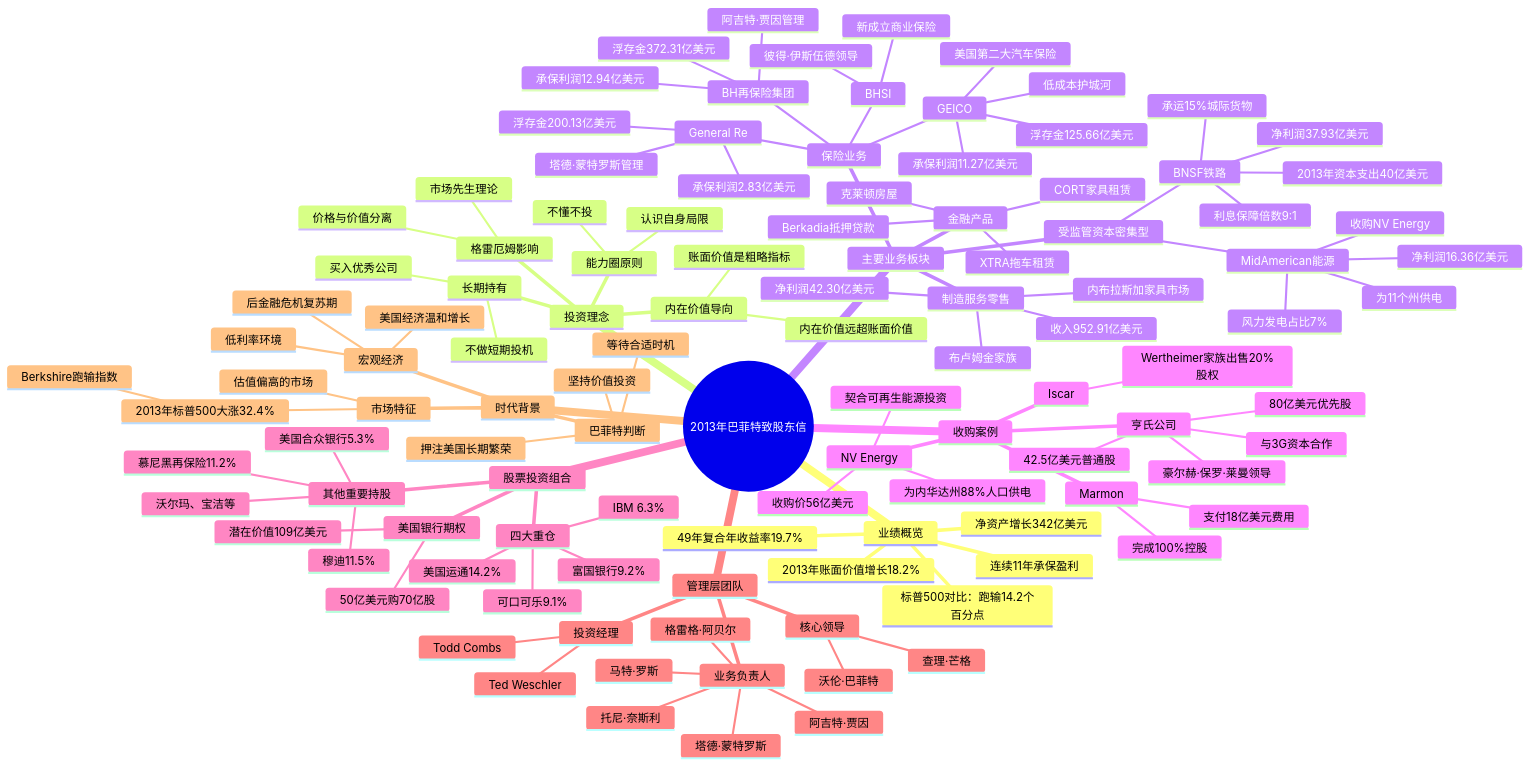
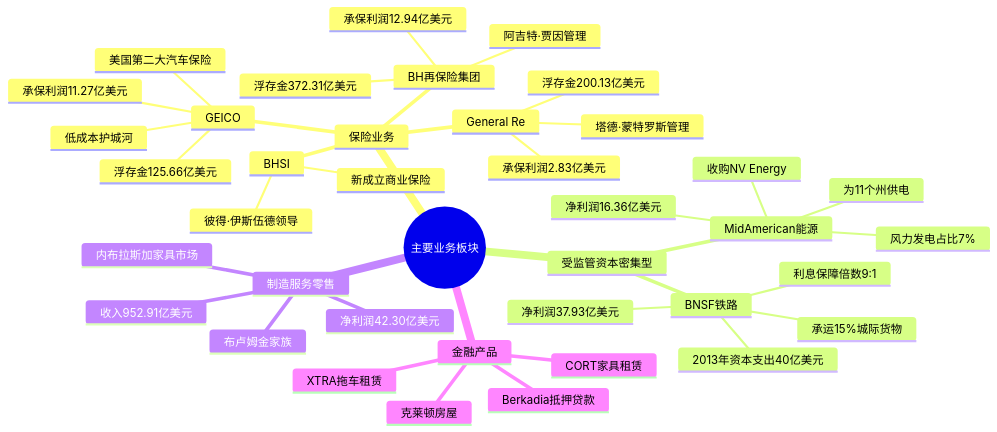
One commit to carllhm/buffett-knowledge-base changed the fourth of 8 diagrams in docs/01_letters/2013年/思维导图.md. Above: the diagram before and after it, drawn with Mermaid. The commit also changed other lines of this file and 719 other files, not shown here.

Commit message:
思维导图重构：两级结构，总览+折叠子导图

````diff
--- a/docs/01_letters/2013年/思维导图.md
+++ b/docs/01_letters/2013年/思维导图.md
@@ -21,117 +117,42 @@
 ```mermaid
 mindmap
-  root((2013年巴菲特致股东信))
-    业绩概览
-      49年复合年收益率19.7%
-      2013年账面价值增长18.2%
-      净资产增长342亿美元
-      标普500对比：跑输14.2个百分点
-      连续11年承保盈利
-    投资理念
-      内在价值导向
-        账面价值是粗略指标
-        内在价值远超账面价值
-      长期持有
-        买入优秀公司
-        不做短期投机
-      能力圈原则
-        认识自身局限
-        不懂不投
-      格雷厄姆影响
-        价格与价值分离
-        市场先生理论
-    主要业务板块
-      保险业务
-        GEICO
-          美国第二大汽车保险
-          承保利润11.27亿美元
-          浮存金125.66亿美元
-          低成本护城河
-        General Re
-          塔德·蒙特罗斯管理
-          承保利润2.83亿美元
-          浮存金200.13亿美元
-        BH再保险集团
-          阿吉特·贾因管理
-          承保利润12.94亿美元
-          浮存金372.31亿美元
-        BHSI
-          彼得·伊斯伍德领导
-          新成立商业保险
-      受监管资本密集型
-        BNSF铁路
-          承运15%城际货物
-          净利润37.93亿美元
-          利息保障倍数9:1
-          2013年资本支出40亿美元
-        MidAmerican能源
-          收购NV Energy
-          风力发电占比7%
-          净利润16.36亿美元
-          为11个州供电
-      制造服务零售
-        收入952.91亿美元
-        净利润42.30亿美元
-        内布拉斯加家具市场
-        布卢姆金家族
-      金融产品
-        克莱顿房屋
-        CORT家具租赁
-        XTRA拖车租赁
-        Berkadia抵押贷款
-    收购案例
-      NV Energy
-        收购价56亿美元
-        为内华达州88%人口供电
-        契合可再生能源投资
-      亨氏公司
-        与3G资本合作
-        豪尔赫·保罗·莱曼领导
-        80亿美元优先股
-        42.5亿美元普通股
-      Marmon
-        完成100%控股
-        支付18亿美元费用
-      Iscar
-        Wertheimer家族出售20%股权
-    股票投资组合
-      四大重仓
-        美国运通14.2%
-        可口可乐9.1%
-        IBM 6.3%
-        富国银行9.2%
-      其他重要持股
-        穆迪11.5%
-        慕尼黑再保险11.2%
-        美国合众银行5.3%
-        沃尔玛、宝洁等
-      美国银行期权
-        50亿美元购70亿股
-        潜在价值109亿美元
-    管理层团队
-      核心领导
-        沃伦·巴菲特
-        查理·芒格
-      投资经理
-        Todd Combs
-        Ted Weschler
-      业务负责人
-        阿吉特·贾因
-        托尼·奈斯利
-        塔德·蒙特罗斯
-        格雷格·阿贝尔
-        马特·罗斯
-    时代背景
-      宏观经济
-        后金融危机复苏期
-        美国经济温和增长
-        低利率环境
-      市场特征
-        2013年标普500大涨32.4%
-         Berkshire跑输指数
-        估值偏高的市场
-      巴菲特判断
-        押注美国长期繁荣
-        坚持价值投资
-        等待合适时机
+  root((主要业务板块))
+    保险业务
+      GEICO
+        美国第二大汽车保险
+        承保利润11.27亿美元
+        浮存金125.66亿美元
+        低成本护城河
+      General Re
+        塔德·蒙特罗斯管理
+        承保利润2.83亿美元
+        浮存金200.13亿美元
+      BH再保险集团
+        阿吉特·贾因管理
+        承保利润12.94亿美元
+        浮存金372.31亿美元
+      BHSI
+        彼得·伊斯伍德领导
+        新成立商业保险
+    受监管资本密集型
+      BNSF铁路
+        承运15%城际货物
+        净利润37.93亿美元
+        利息保障倍数9:1
+        2013年资本支出40亿美元
+      MidAmerican能源
+        收购NV Energy
+        风力发电占比7%
+        净利润16.36亿美元
+        为11个州供电
+    制造服务零售
+      收入952.91亿美元
+      净利润42.30亿美元
+      内布拉斯加家具市场
+      布卢姆金家族
+    金融产品
+      克莱顿房屋
+      CORT家具租赁
+      XTRA拖车租赁
+      Berkadia抵押贷款
 ```
````
